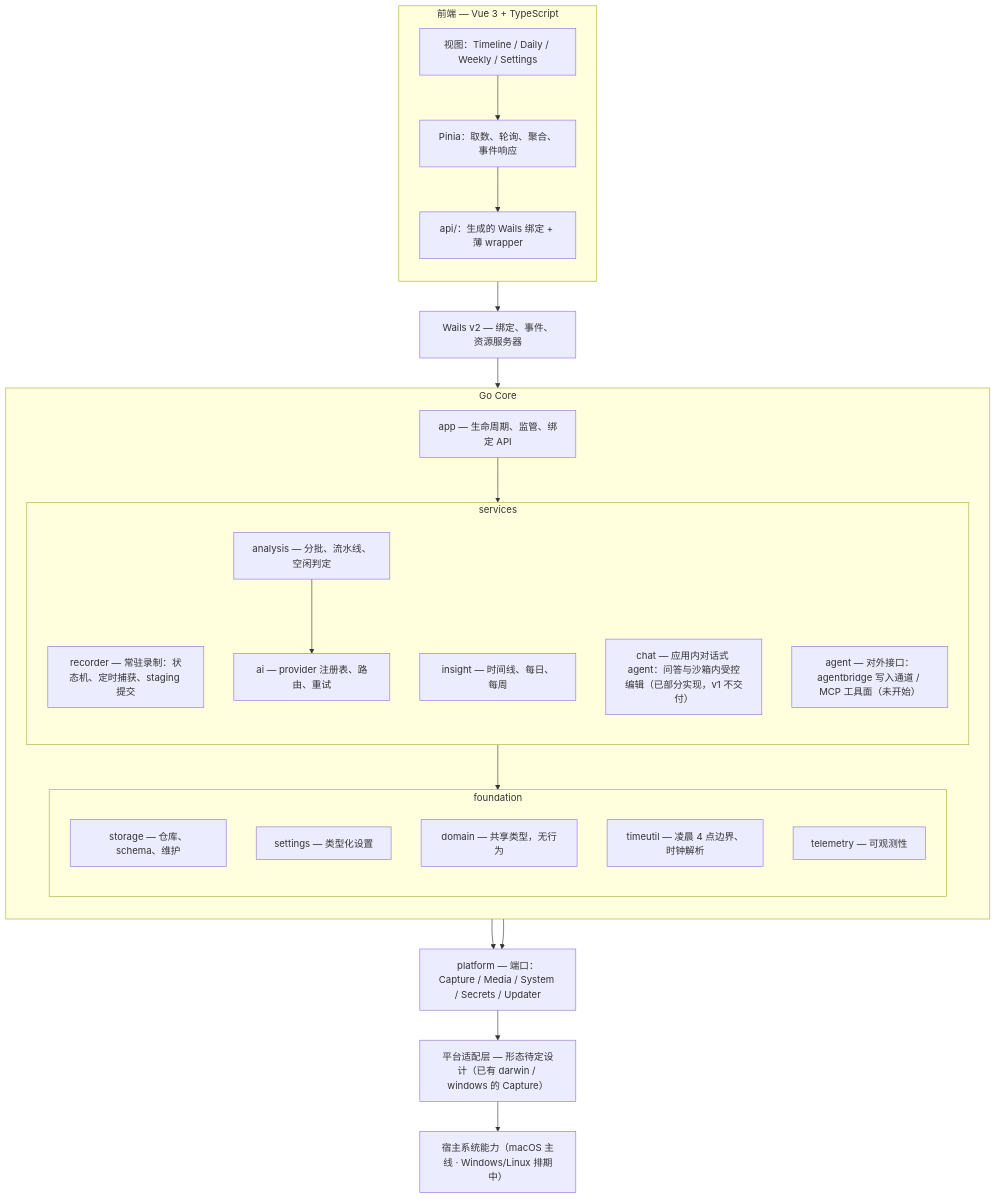
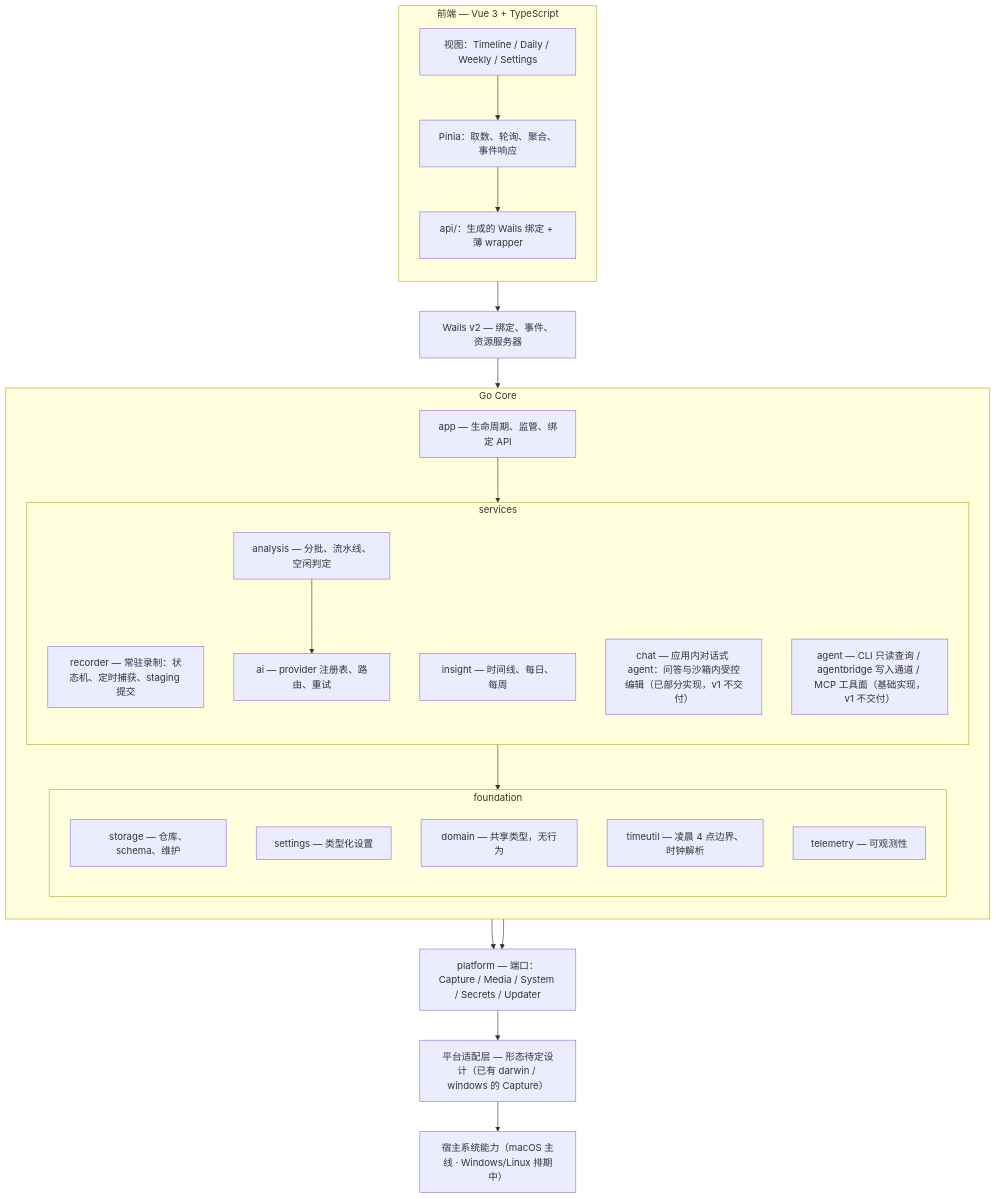
One commit to Jwz-git/Daygo changed the diagram in docs/02-architecture.md. Above: the diagram before and after it, drawn with Mermaid. The commit also changed other lines of this file and 53 other files, not shown here.

````diff
--- a/docs/02-architecture.md
+++ b/docs/02-architecture.md
@@ -12,45 +12,45 @@
 ```mermaid
 flowchart TD
     subgraph FE["前端 — Vue 3 + TypeScript"]
         direction TB
         VIEWS["视图：Timeline / Daily / Weekly / Settings"]
         STORES["Pinia：取数、轮询、聚合、事件响应"]
         API["api/：生成的 Wails 绑定 + 薄 wrapper"]
     end
 
     WAILS["Wails v2 — 绑定、事件、资源服务器"]
 
     subgraph CORE["Go Core"]
         direction TB
         APPM["app — 生命周期、监管、绑定 API"]
         subgraph SVC["services"]
             direction TB
             RECORDER["recorder — 常驻录制：状态机、定时捕获、staging 提交"]
             ANALYSIS["analysis — 分批、流水线、空闲判定"]
             AIM["ai — provider 注册表、路由、重试"]
             INSIGHT["insight — 时间线、每日、每周"]
             CHAT["chat — 应用内对话式 agent：问答与沙箱内受控编辑（已部分实现，v1 不交付）"]
-            AGENT["agent — 对外接口：agentbridge 写入通道 / MCP 工具面（未开始）"]
+            AGENT["agent — CLI 只读查询 / agentbridge 写入通道 / MCP 工具面（基础实现，v1 不交付）"]
         end
         subgraph FOUND["foundation"]
             direction TB
             STORAGE["storage — 仓库、schema、维护"]
             SETTINGS["settings — 类型化设置"]
             DOMAIN["domain — 共享类型，无行为"]
             TIMEUTIL["timeutil — 凌晨 4 点边界、时钟解析"]
             TELEMETRY["telemetry — 可观测性"]
         end
     end
 
     PLATFORM["platform — 端口：Capture / Media / System / Secrets / Updater"]
     ADAPTER["平台适配层 — 形态待定设计（已有 darwin / windows 的 Capture）"]
     OS["宿主系统能力（macOS 主线 · Windows/Linux 排期中）"]
 
     VIEWS --> STORES --> API --> WAILS --> APPM
     APPM --> SVC
     SVC --> FOUND
     ANALYSIS --> AIM
     SVC --> PLATFORM
     APPM --> PLATFORM
     PLATFORM --> ADAPTER --> OS
 ```
````
